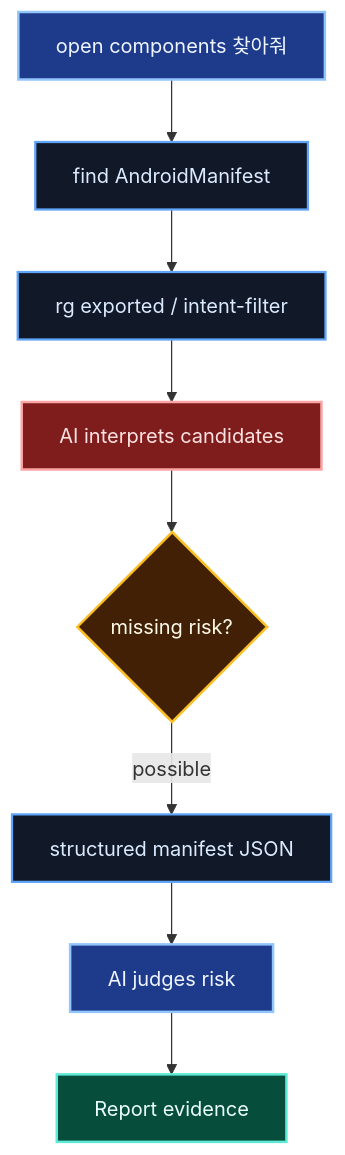
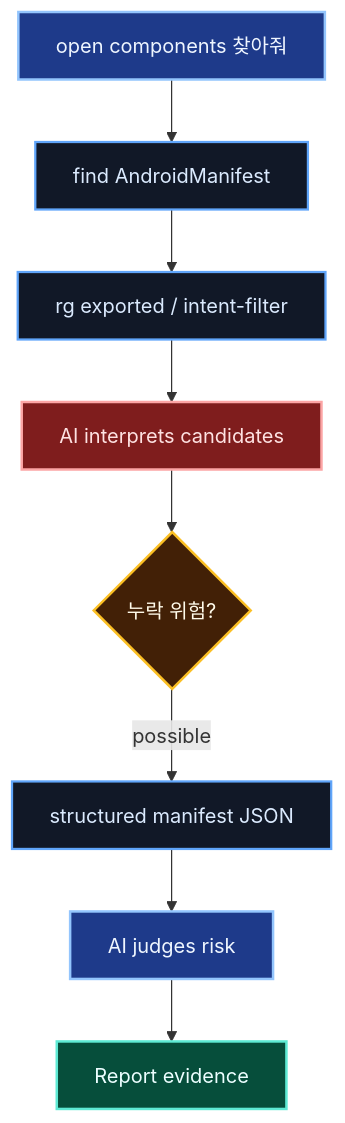
The tenth of 14 diagrams in docs/ai-agent-effective-use/mermaid-diagrams.md (koalav/present-anyything), drawn with Mermaid before and after one commit. The commit also changed other lines of this file and 19 other files, not shown here.

````diff
--- a/docs/ai-agent-effective-use/mermaid-diagrams.md
+++ b/docs/ai-agent-effective-use/mermaid-diagrams.md
@@ -239,15 +198,15 @@
 ```mermaid
 flowchart TB
   Ask["open components 찾아줘"]:::run --> Find[find AndroidManifest]:::step
   Find --> Grep[rg exported / intent-filter]:::step
   Grep --> Guess[AI interprets candidates]:::warn
-  Guess --> Miss{missing risk?}:::decision
+  Guess --> Miss{누락 위험?}:::decision
   Miss -->|possible| Extract[structured manifest JSON]:::step
   Extract --> Judge[AI judges risk]:::run
   Judge --> Report[Report evidence]:::success
   classDef run fill:#1e3a8a,stroke:#93c5fd,color:#eff6ff,stroke-width:2px;
   classDef warn fill:#7f1d1d,stroke:#fca5a5,color:#fee2e2,stroke-width:2px;
   classDef step fill:#111827,stroke:#60a5fa,color:#dbeafe,stroke-width:1.8px;
   classDef decision fill:#422006,stroke:#fbbf24,color:#fffbeb,stroke-width:2px;
   classDef success fill:#064e3b,stroke:#5eead4,color:#ecfeff,stroke-width:2px;
 ```
````
